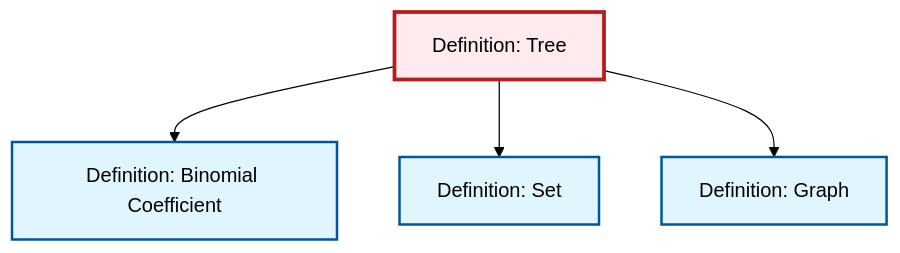
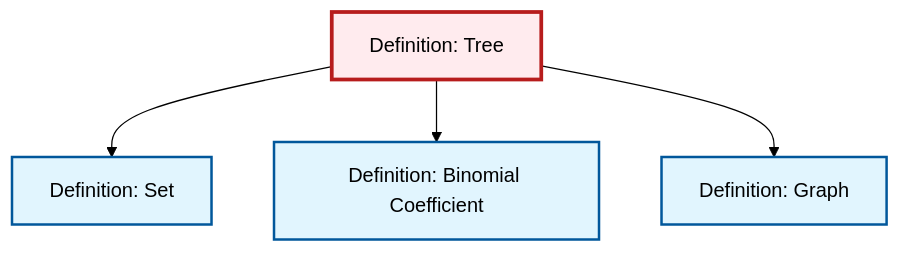
Before and after one commit to RK0429/ModernMath: the diagram in content/ja/combinatorics/def-tree.qmd, drawn with Mermaid (forest theme). The commit also changed other lines of this file and 597 other files, not shown here.

````diff
--- a/content/ja/combinatorics/def-tree.qmd
+++ b/content/ja/combinatorics/def-tree.qmd
@@ -137,20 +137,20 @@
 ```{mermaid}
 %%| fig-cap: "Local dependency graph"
 graph TD
     classDef definition fill:#e1f5fe,stroke:#01579b,stroke-width:2px
     classDef theorem fill:#f3e5f5,stroke:#4a148c,stroke-width:2px
     classDef axiom fill:#fff3e0,stroke:#e65100,stroke-width:2px
     classDef example fill:#e8f5e9,stroke:#1b5e20,stroke-width:2px
     classDef current fill:#ffebee,stroke:#b71c1c,stroke-width:3px
     def-tree["Definition: Tree"]:::definition
+    def-set["Definition: Set"]:::definition
     def-graph["Definition: Graph"]:::definition
-    def-set["Definition: Set"]:::definition
     def-binomial-coefficient["Definition: Binomial Coefficient"]:::definition
+    def-tree --> def-set
     def-tree --> def-binomial-coefficient
-    def-tree --> def-set
     def-tree --> def-graph
     class def-tree current
+    click def-set "def-set.html" "Definition: Setへ"
     click def-graph "def-graph.html" "Definition: Graphへ"
-    click def-set "def-set.html" "Definition: Setへ"
     click def-binomial-coefficient "def-binomial-coefficient.html" "Definition: Binomial Coefficientへ"
 ```
````
